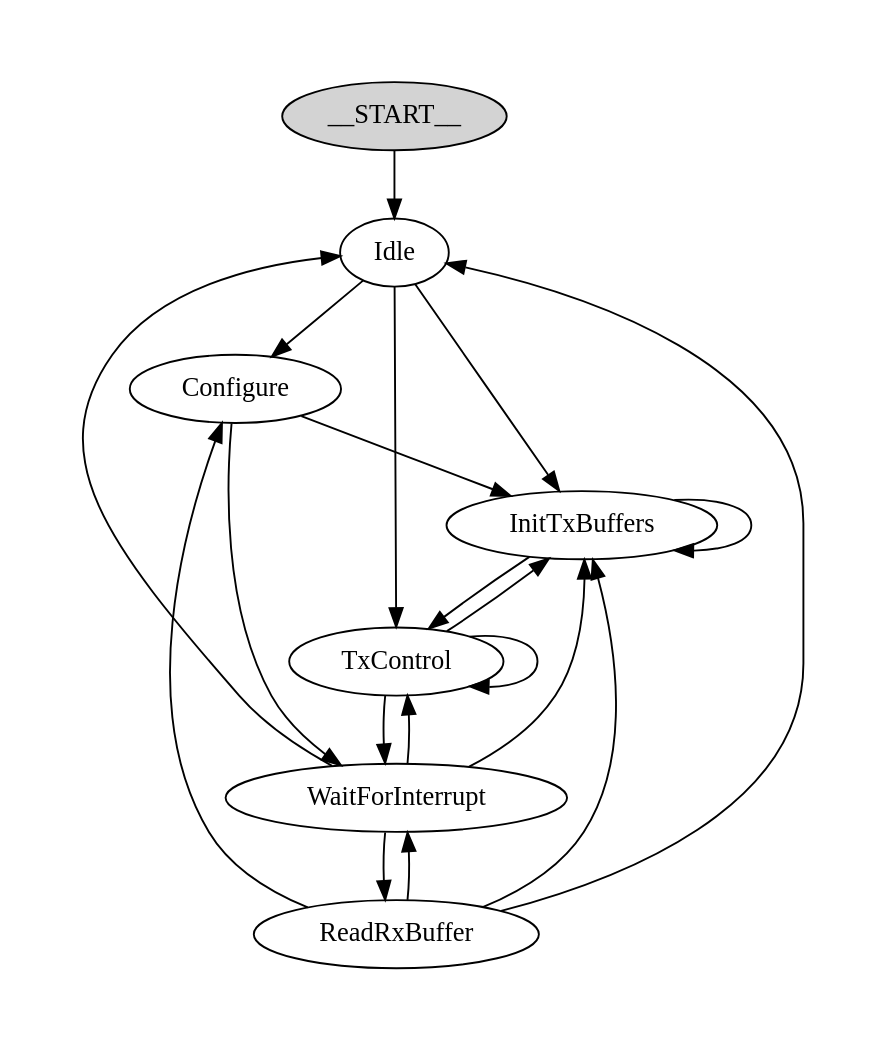
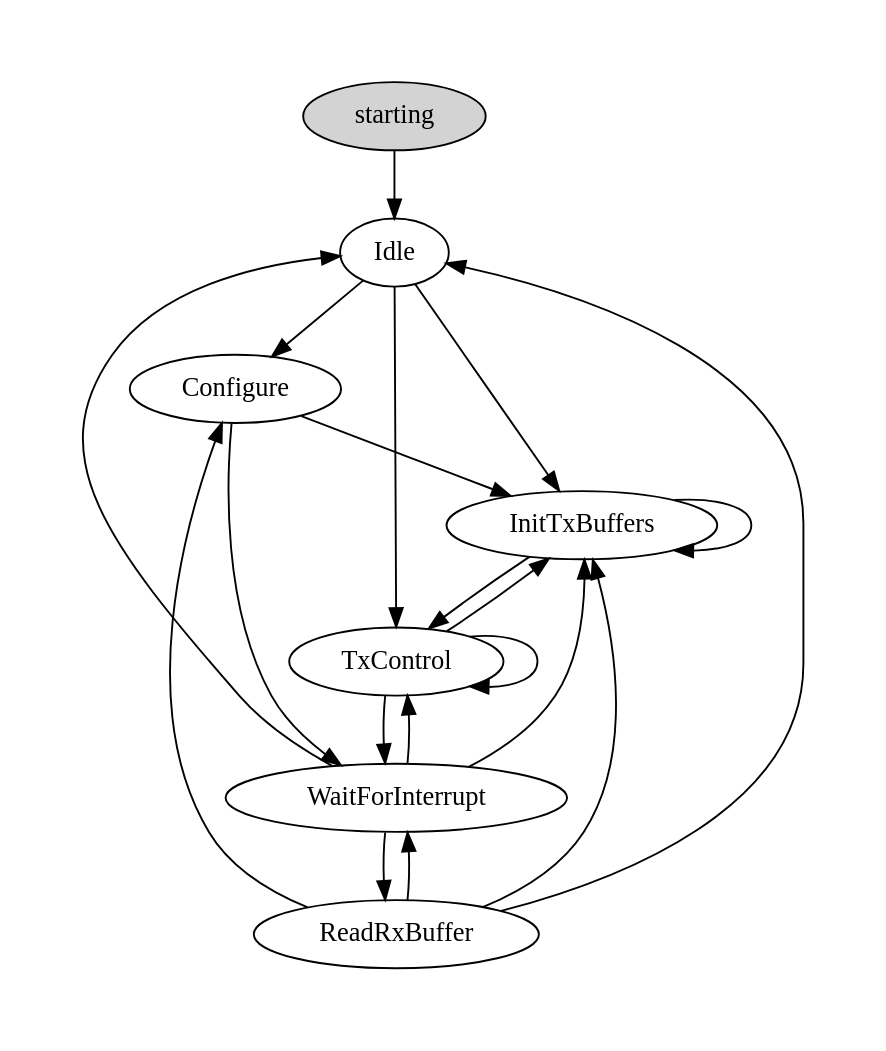
The diagram in examples/sw_ctrl/sw_control/src/sv/sw_control_graphviz.dot (stepannotuser/ugrasp_mode), drawn with Graphviz before and after one commit. The commit also changed 33 other files, not shown here.

```diff
--- a/examples/sw_ctrl/sw_control/src/sv/sw_control_graphviz.dot
+++ b/examples/sw_ctrl/sw_control/src/sv/sw_control_graphviz.dot
@@ -1,27 +1,27 @@
 // SVGraph sw_control
 // File    sw_control_graphviz.dot
 
 
 digraph sw_control {
   pad="0.5"
-  __START__ [fillcolor=lightgrey style=filled]
+  starting [fillcolor=lightgrey style=filled]
   Idle -> Configure;
   Idle -> InitTxBuffers;
   Idle -> TxControl;
   Configure -> InitTxBuffers;
   Configure -> WaitForInterrupt;
   InitTxBuffers -> TxControl;
   InitTxBuffers -> InitTxBuffers;
   TxControl -> WaitForInterrupt;
   TxControl -> TxControl;
   TxControl -> InitTxBuffers;
   WaitForInterrupt -> ReadRxBuffer;
   WaitForInterrupt -> InitTxBuffers;
   WaitForInterrupt -> Idle;
   WaitForInterrupt -> TxControl;
   ReadRxBuffer -> Idle;
   ReadRxBuffer -> Configure;
   ReadRxBuffer -> InitTxBuffers;
   ReadRxBuffer -> WaitForInterrupt;
-  __START__ -> Idle;
+  starting -> Idle;
 }
```
